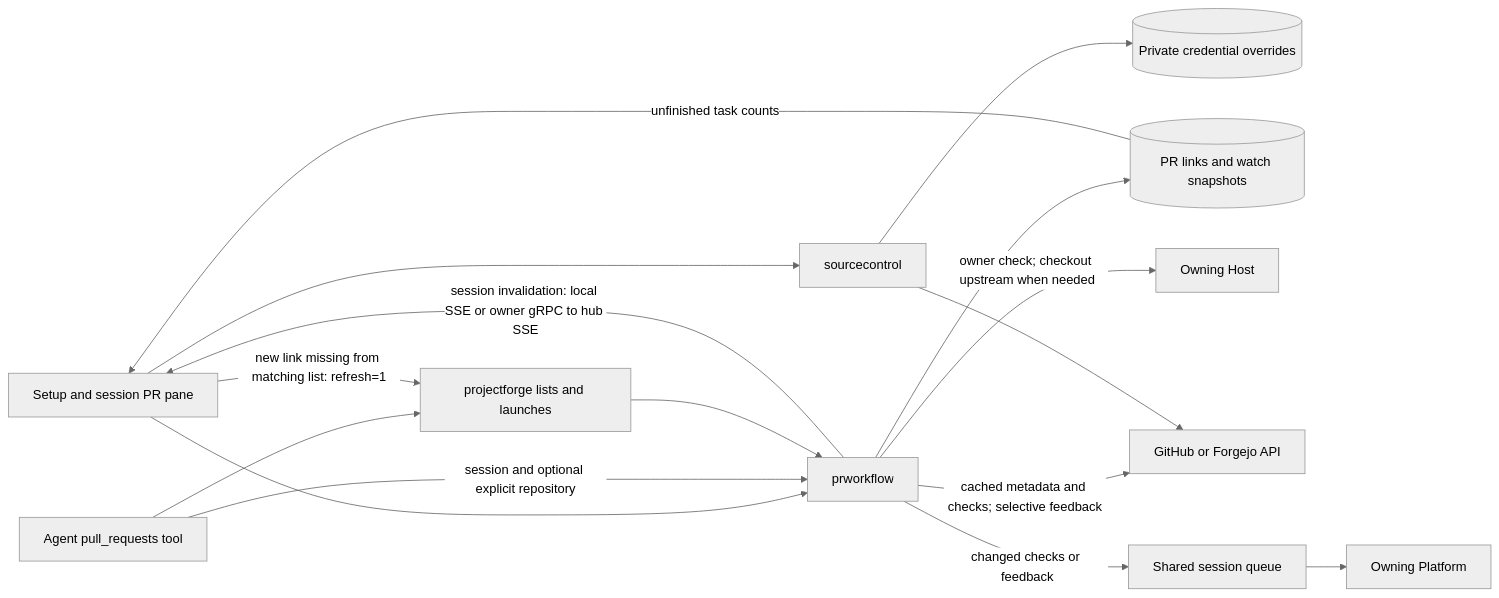
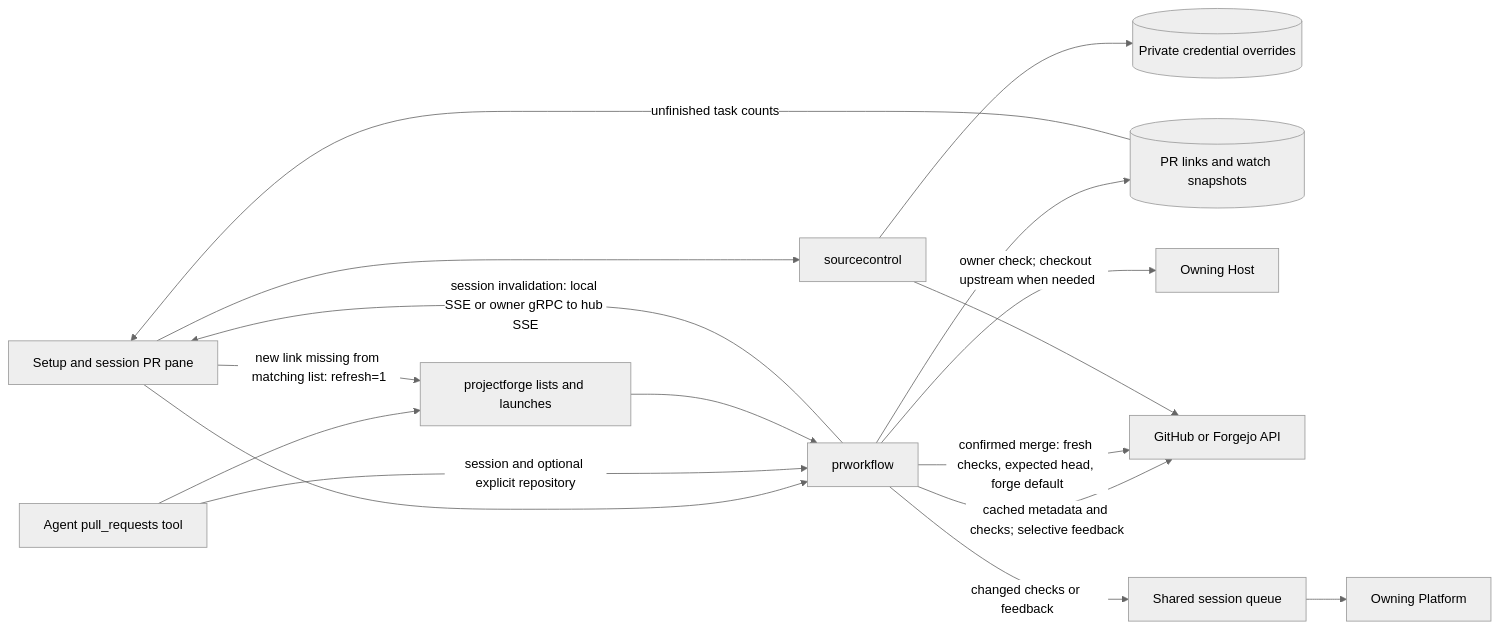
Before and after one commit to ocman/ocman: the diagram in docs/features/pull-requests.md, drawn with Mermaid (neutral theme). The commit also changed other lines of this file and 13 other files, not shown here.

Commit message:
feat(prs): merge green linked PRs with forge defaults

````diff
--- a/docs/features/pull-requests.md
+++ b/docs/features/pull-requests.md
@@ -145,18 +161,19 @@
 ```mermaid
 flowchart LR
     UI[Setup and session PR pane] --> Setup[sourcecontrol]
     UI --> Workflow[prworkflow]
     MCP[Agent pull_requests tool] -->|session and optional explicit repository| Workflow
     MCP --> Launch
     Launch[projectforge lists and launches] --> Workflow
     UI -->|new link missing from matching list: refresh=1| Launch
     Setup --> Credentials[(Private credential overrides)]
     Workflow --> Links[(PR links and watch snapshots)]
     Links -->|unfinished task counts| UI
     Workflow -->|session invalidation: local SSE or owner gRPC to hub SSE| UI
     Workflow -->|owner check; checkout upstream when needed| Host[Owning Host]
     Workflow -->|cached metadata and checks; selective feedback| Forge[GitHub or Forgejo API]
+    Workflow -->|confirmed merge: fresh checks, expected head, forge default| Forge
     Setup --> Forge
     Workflow -->|changed checks or feedback| Queue[Shared session queue]
     Queue --> Platform[Owning Platform]
 ```
````
